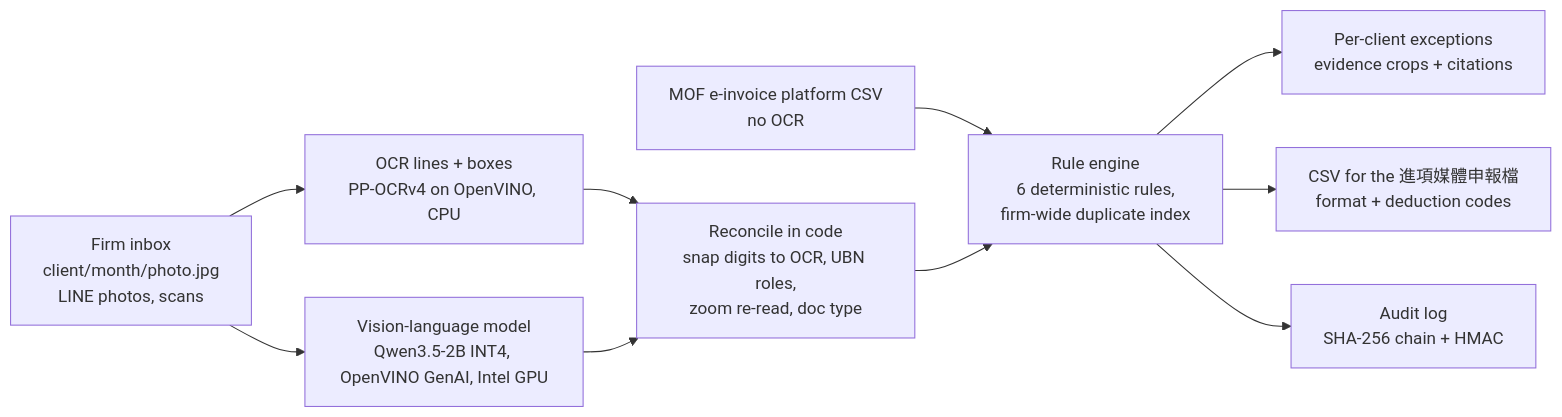
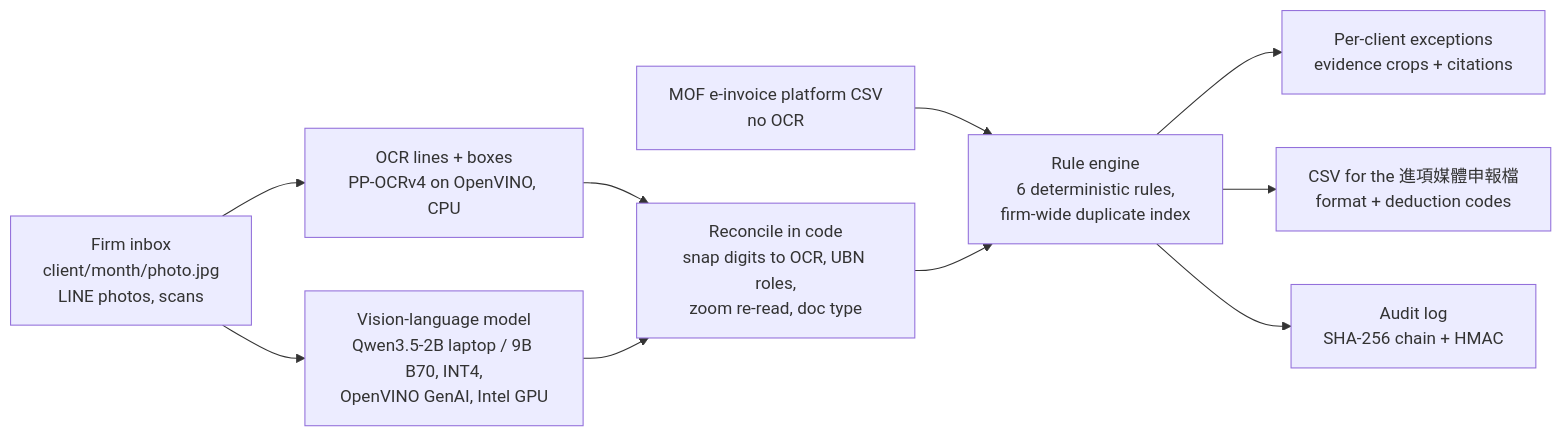
The diagram in README.md (StuartYo/ledger-room), drawn with Mermaid before and after one commit. The commit also changed other lines of this file and 1 other file, not shown here.

````diff
--- a/README.md
+++ b/README.md
@@ -76,12 +122,12 @@
 ```mermaid
 flowchart LR
   A[Firm inbox<br/>client/month/photo.jpg<br/>LINE photos, scans] --> B[OCR lines + boxes<br/>PP-OCRv4 on OpenVINO, CPU]
-  A --> C[Vision-language model<br/>Qwen3.5-2B INT4, OpenVINO GenAI, Intel GPU]
+  A --> C[Vision-language model<br/>Qwen3.5-2B laptop / 9B B70, INT4,<br/>OpenVINO GenAI, Intel GPU]
   B --> D[Reconcile in code<br/>snap digits to OCR, UBN roles,<br/>zoom re-read, doc type]
   C --> D
   H[MOF e-invoice platform CSV<br/>no OCR] --> E
   D --> E[Rule engine<br/>6 deterministic rules,<br/>firm-wide duplicate index]
   E --> F[Per-client exceptions<br/>evidence crops + citations]
   E --> I[CSV for the 進項媒體申報檔<br/>format + deduction codes]
   E --> G[Audit log<br/>SHA-256 chain + HMAC]
 ```
````
